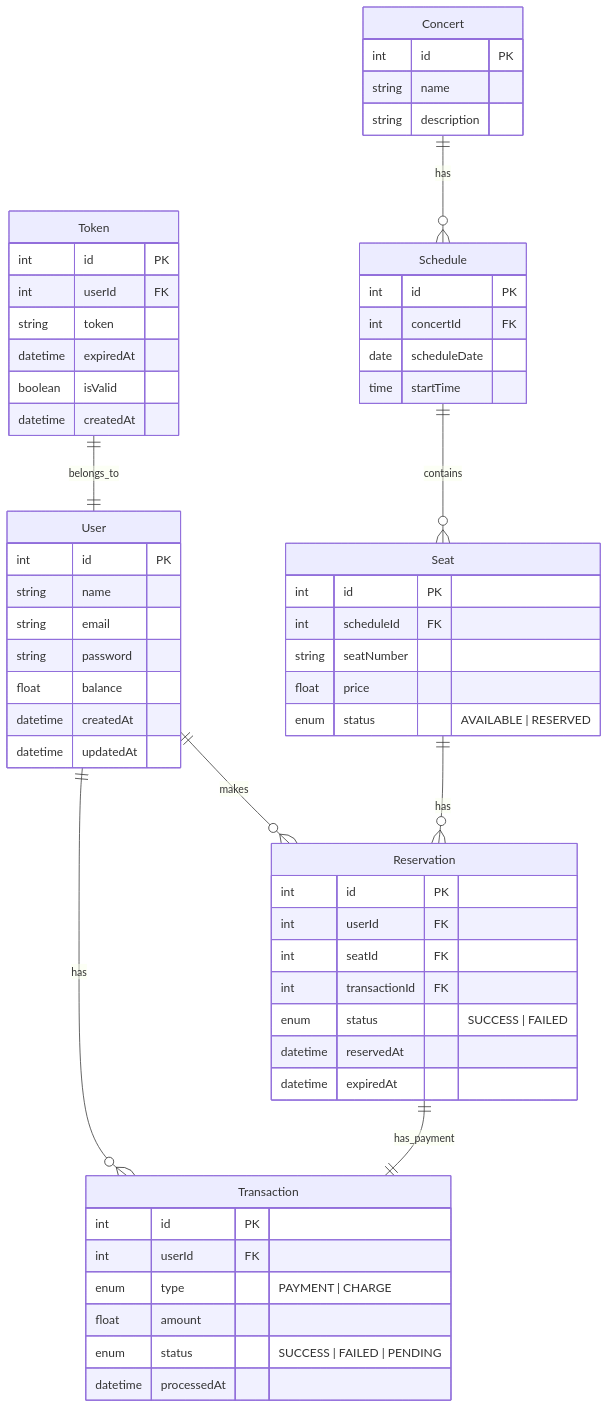
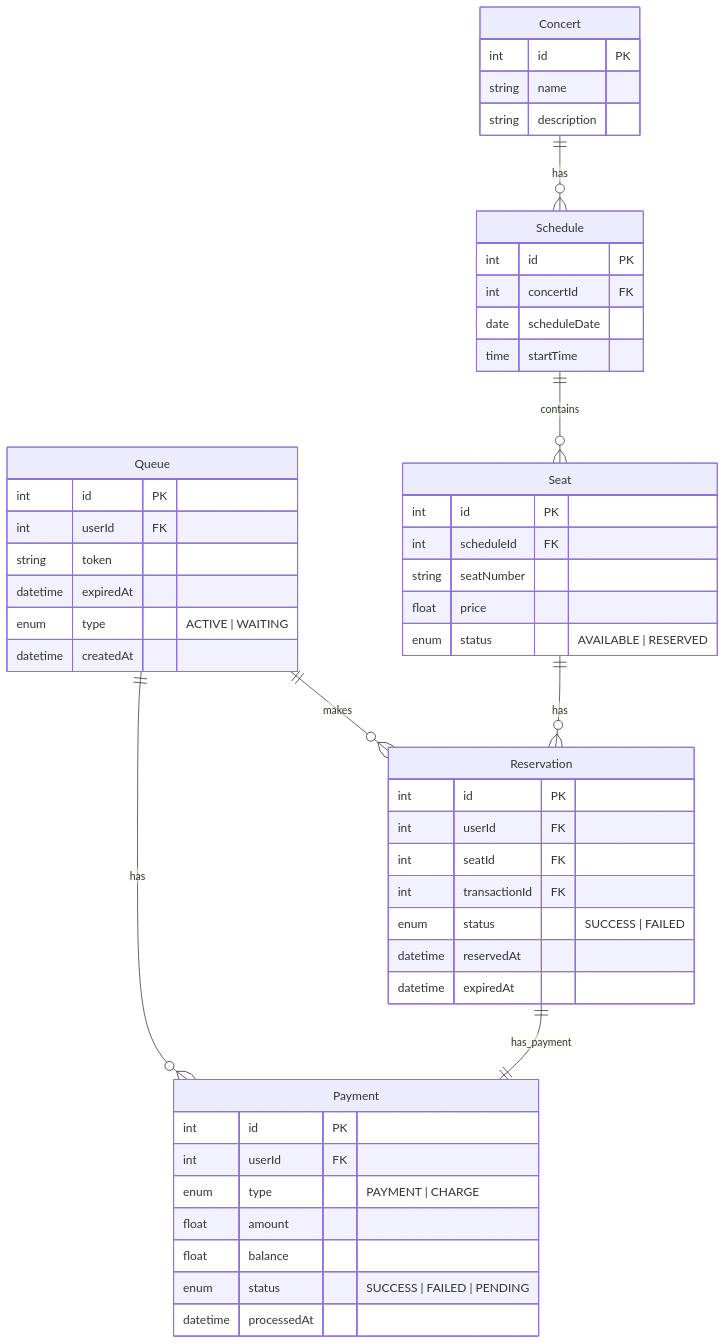
The diagram in docs/ERD.mermaid (dohee789/concert-reservation), drawn with Mermaid before and after one commit. The commit also changed 1 other file, not shown here.

Commit message:
:memo: ERD 수정

```diff
--- a/docs/ERD.mermaid
+++ b/docs/ERD.mermaid
@@ -1,66 +1,57 @@
 erDiagram
-    User ||--o{ Reservation : makes
-    User ||--o{ Transaction : has
-    User {
-        int id PK
-        string name
-        string email
-        string password
-        float balance
-        datetime createdAt
-        datetime updatedAt
-    }
+    Queue ||--o{ Reservation : makes
+    Queue ||--o{ Payment : has
 
-    Token ||--|| User : belongs_to
-    Token {
+    Queue {
         int id PK
         int userId FK
         string token
         datetime expiredAt
-        boolean isValid
+        enum type "ACTIVE | WAITING"
         datetime createdAt
     }
 
     Concert ||--o{ Schedule : has
     Concert {
         int id PK
         string name
         string description
     }
 
     Schedule ||--o{ Seat : contains
     Schedule {
         int id PK
         int concertId FK
         date scheduleDate
         time startTime
     }
 
     Seat ||--o{ Reservation : has
     Seat {
         int id PK
         int scheduleId FK
         string seatNumber
         float price
         enum status "AVAILABLE | RESERVED"
     }
 
-    Reservation ||--|| Transaction : has_payment
+    Reservation ||--|| Payment : has_payment
     Reservation {
         int id PK
         int userId FK
         int seatId FK
         int transactionId FK
         enum status "SUCCESS | FAILED"
         datetime reservedAt
         datetime expiredAt
     }
 
-    Transaction {
+    Payment {
         int id PK
         int userId FK
         enum type "PAYMENT | CHARGE"
         float amount
+        float balance
         enum status "SUCCESS | FAILED | PENDING"
         datetime processedAt
     }
```
